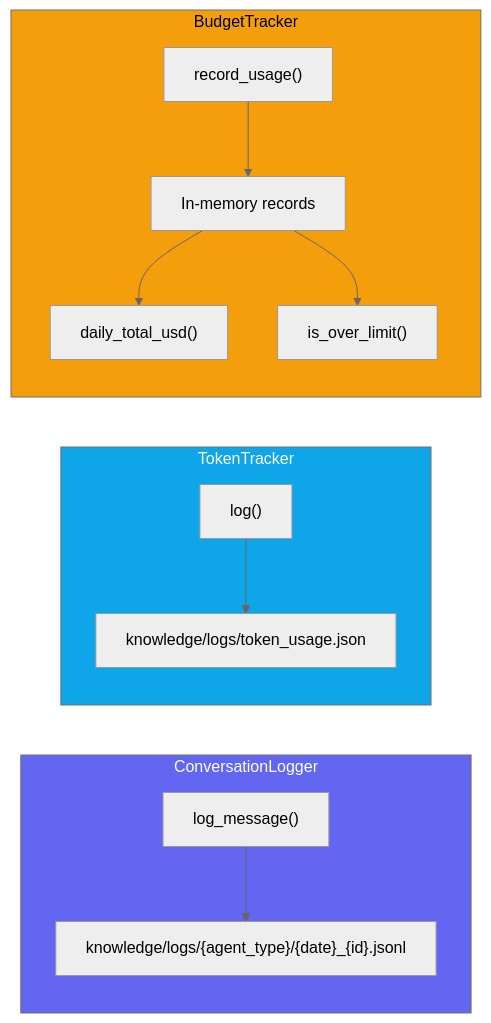
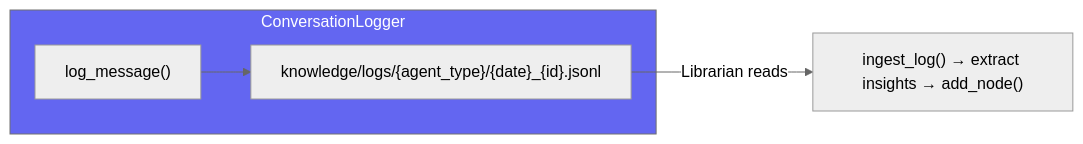
Before and after one commit to TheRealOP/Agent-Knowledge-Management-System: diagram 14 of 17 in how-this-works.md, drawn with Mermaid (neutral theme). The commit also changed other lines of this file, not shown here.

````diff
--- a/how-this-works.md
+++ b/how-this-works.md
@@ -601,23 +587,11 @@
 ```mermaid
 flowchart LR
     subgraph ConversationLogger
         CL["log_message()"]
         CL --> JSONL["knowledge/logs/{agent_type}/{date}_{id}.jsonl"]
     end
 
-    subgraph TokenTracker
-        TT["log()"]
-        TT --> TL["knowledge/logs/token_usage.json"]
-    end
-
-    subgraph BudgetTracker
-        BT["record_usage()"]
-        BT --> Mem["In-memory records"]
-        Mem --> Daily["daily_total_usd()"]
-        Mem --> Limit["is_over_limit()"]
-    end
+    JSONL -->|"Librarian reads"| IL["ingest_log() → extract insights → add_node()"]
 
     style ConversationLogger fill:#6366f1,color:#fff
-    style TokenTracker fill:#0ea5e9,color:#fff
-    style BudgetTracker fill:#f59e0b,color:#000
 ```
````
